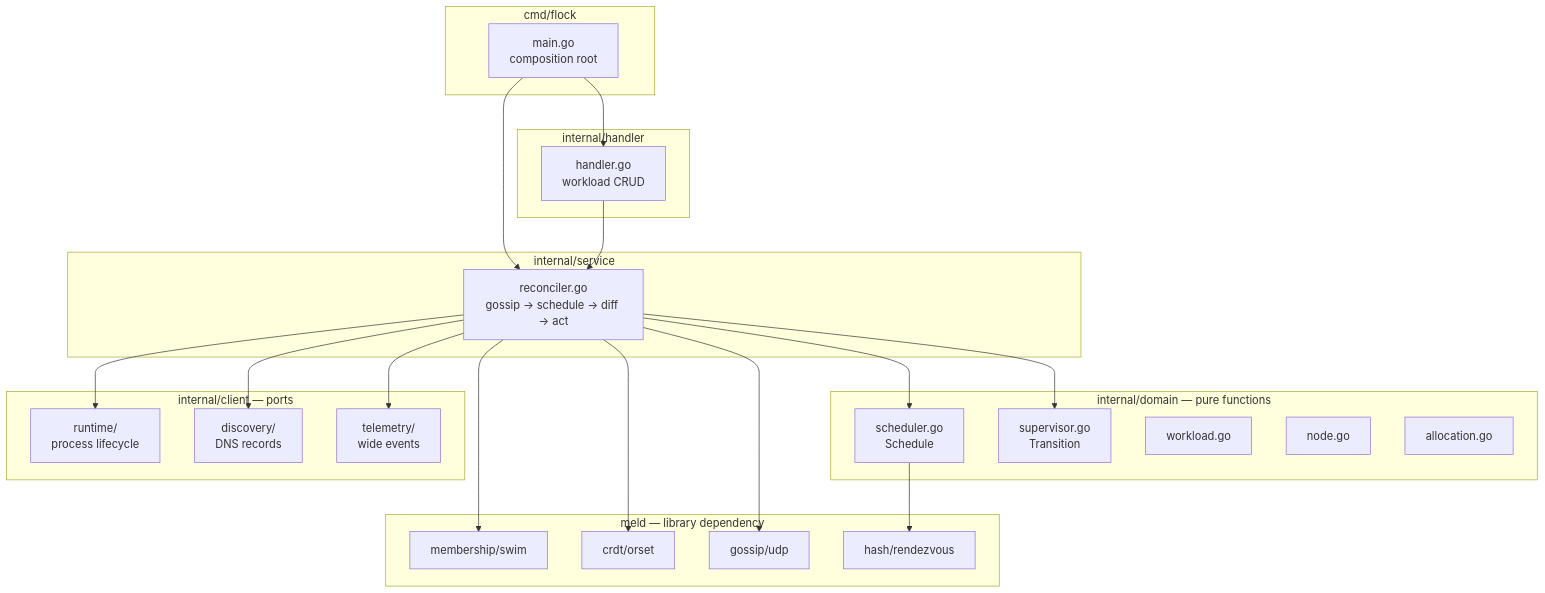
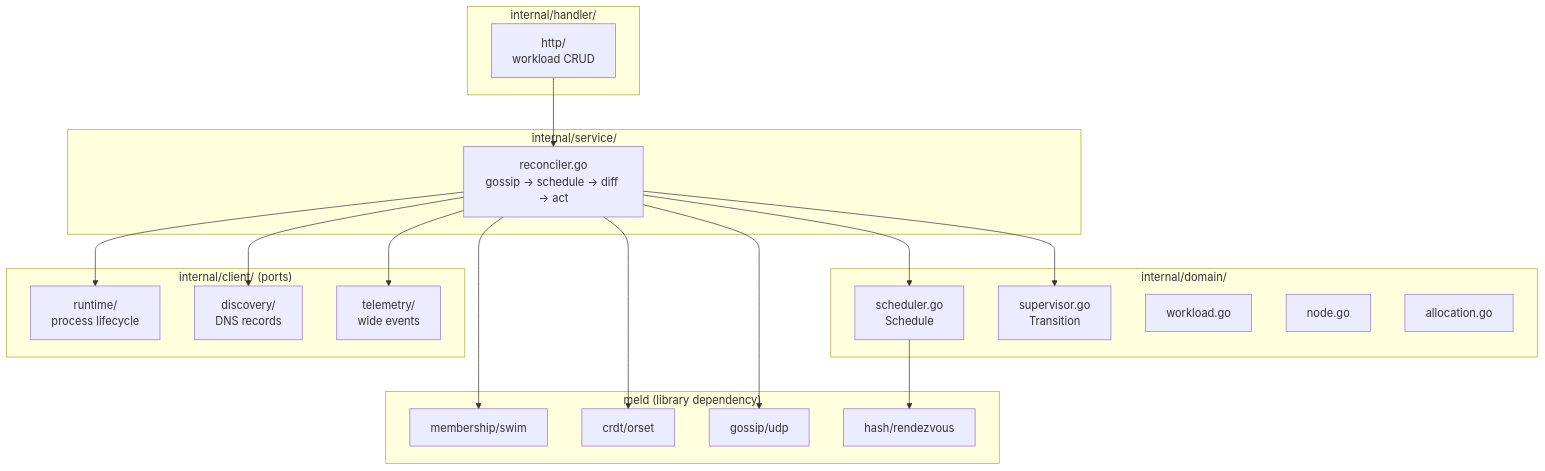
Before and after one commit to w-h-a/flock: the first of 2 diagrams in README.md, drawn with Mermaid. The commit also changed 1 other file, not shown here.

Commit message:
docs: update README (#1)

````diff
--- a/README.md
+++ b/README.md
@@ -9,48 +9,42 @@
 ```mermaid
 graph TD
-    subgraph "cmd/flock"
-        MAIN[main.go<br/>composition root]
-    end
-
-    subgraph "internal/domain — pure functions"
+    subgraph "internal/domain/"
         SCH[scheduler.go<br/>Schedule]
         SUP[supervisor.go<br/>Transition]
         WK[workload.go]
         ND[node.go]
         AL[allocation.go]
     end
 
-    subgraph "internal/service"
+    subgraph "internal/service/"
         REC[reconciler.go<br/>gossip → schedule → diff → act]
     end
 
-    subgraph "internal/handler"
-        H[handler.go<br/>workload CRUD]
+    subgraph "internal/handler/"
+        HTTP[http/<br/>workload CRUD]
     end
 
-    subgraph "internal/client — ports"
+    subgraph "internal/client/ (ports)"
         RT[runtime/<br/>process lifecycle]
         DIS[discovery/<br/>DNS records]
         TEL[telemetry/<br/>wide events]
     end
 
-    subgraph "meld — library dependency"
+    subgraph "meld (library dependency)"
         MEMB[membership/swim]
         CRDT[crdt/orset]
         GOSSIP[gossip/udp]
         HASH[hash/rendezvous]
     end
 
-    MAIN --> REC
-    MAIN --> H
     REC --> SCH
     REC --> SUP
     REC --> RT
     REC --> DIS
     REC --> TEL
     REC --> MEMB
     REC --> CRDT
     REC --> GOSSIP
     SCH --> HASH
-    H --> REC
+    HTTP --> REC
 ```
````
